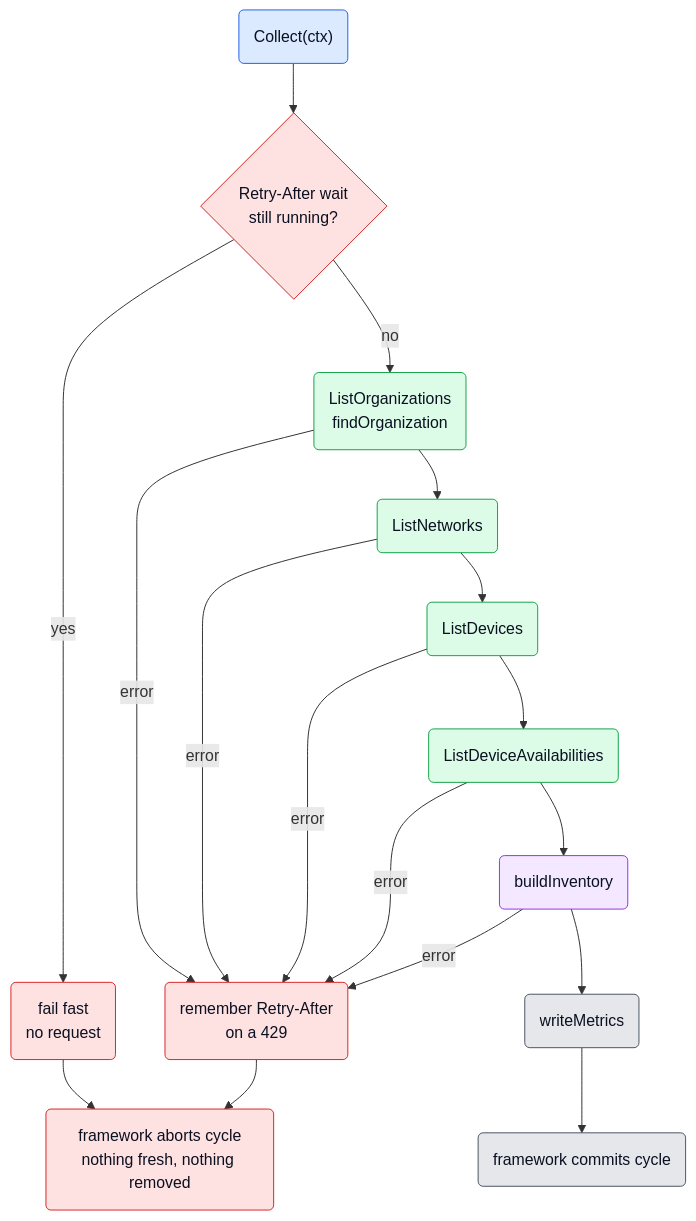
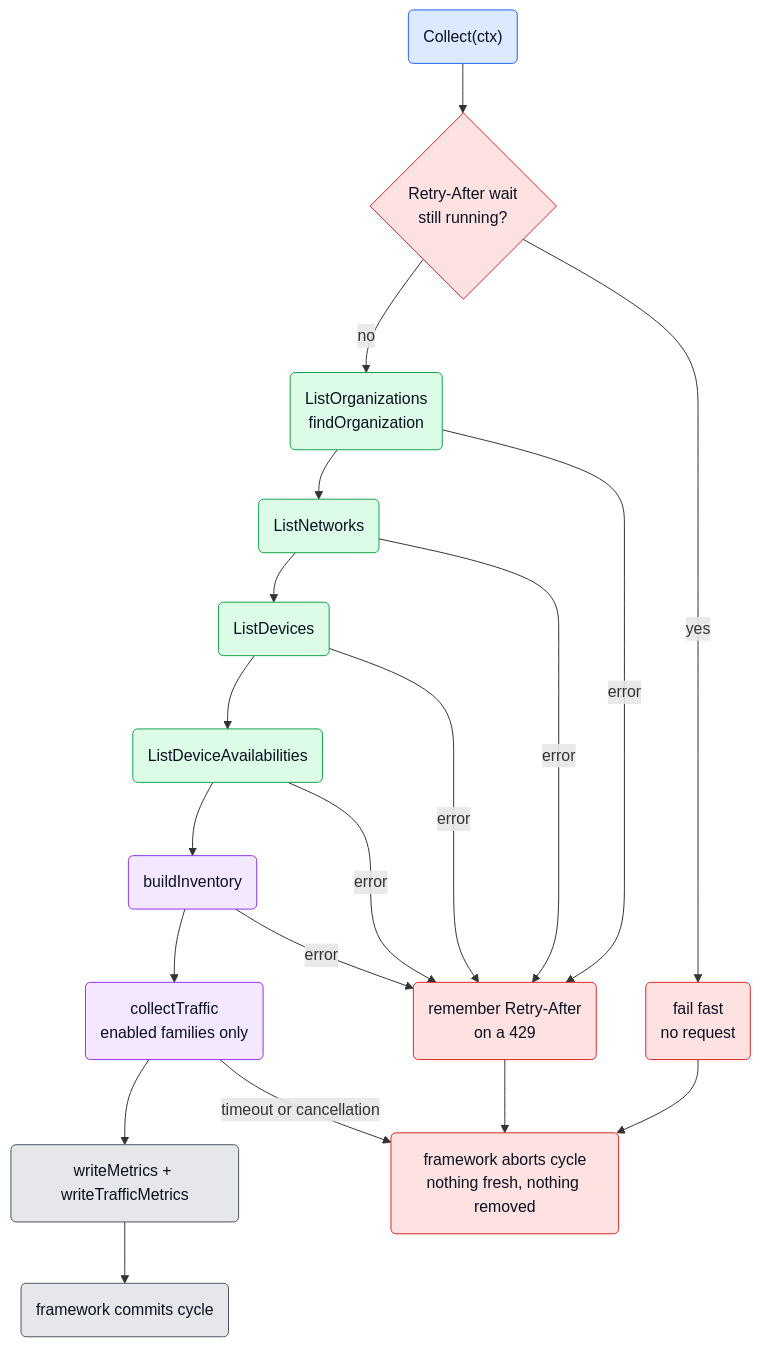
One commit to netdata/netdata changed the third of 4 diagrams in src/go/plugin/go.d/collector/meraki/ARCHITECTURE.md. Above: the diagram before and after it, drawn with Mermaid. The commit also changed other lines of this file and 22 other files, not shown here.

Commit message:
feat(go.d): collect Meraki switch and uplink traffic

````diff
--- a/src/go/plugin/go.d/collector/meraki/ARCHITECTURE.md
+++ b/src/go/plugin/go.d/collector/meraki/ARCHITECTURE.md
@@ -131,31 +136,33 @@
 ```mermaid
 flowchart TD
     Start("Collect(ctx)")
     Pending{"Retry-After wait<br/>still running?"}
     FailFast("fail fast<br/>no request")
     Orgs("ListOrganizations<br/>findOrganization")
     Nets("ListNetworks")
     Devs("ListDevices")
     Avail("ListDeviceAvailabilities")
     Join("buildInventory")
-    Write("writeMetrics")
+    Traffic("collectTraffic<br/>enabled families only")
+    Write("writeMetrics + writeTrafficMetrics")
     Commit("framework commits cycle")
     Abort("framework aborts cycle<br/>nothing fresh, nothing removed")
     Remember("remember Retry-After<br/>on a 429")
 
     Start --> Pending
     Pending -->|"yes"| FailFast --> Abort
-    Pending -->|"no"| Orgs --> Nets --> Devs --> Avail --> Join --> Write --> Commit
+    Pending -->|"no"| Orgs --> Nets --> Devs --> Avail --> Join --> Traffic --> Write --> Commit
     Orgs & Nets & Devs & Avail & Join -->|"error"| Remember --> Abort
+    Traffic -->|"timeout or cancellation"| Abort
 
     classDef ext fill:#dbeafe,stroke:#2563eb,color:#0b1021;
     classDef recv fill:#dcfce7,stroke:#16a34a,color:#0b1021;
     classDef mean fill:#f3e8ff,stroke:#9333ea,color:#0b1021;
     classDef out fill:#e5e7eb,stroke:#4b5563,color:#0b1021;
     classDef err fill:#fee2e2,stroke:#dc2626,color:#0b1021;
     class Start ext;
     class Orgs,Nets,Devs,Avail recv;
-    class Join mean;
+    class Join,Traffic mean;
     class Write,Commit out;
     class Pending,FailFast,Abort,Remember err;
 ```
````
